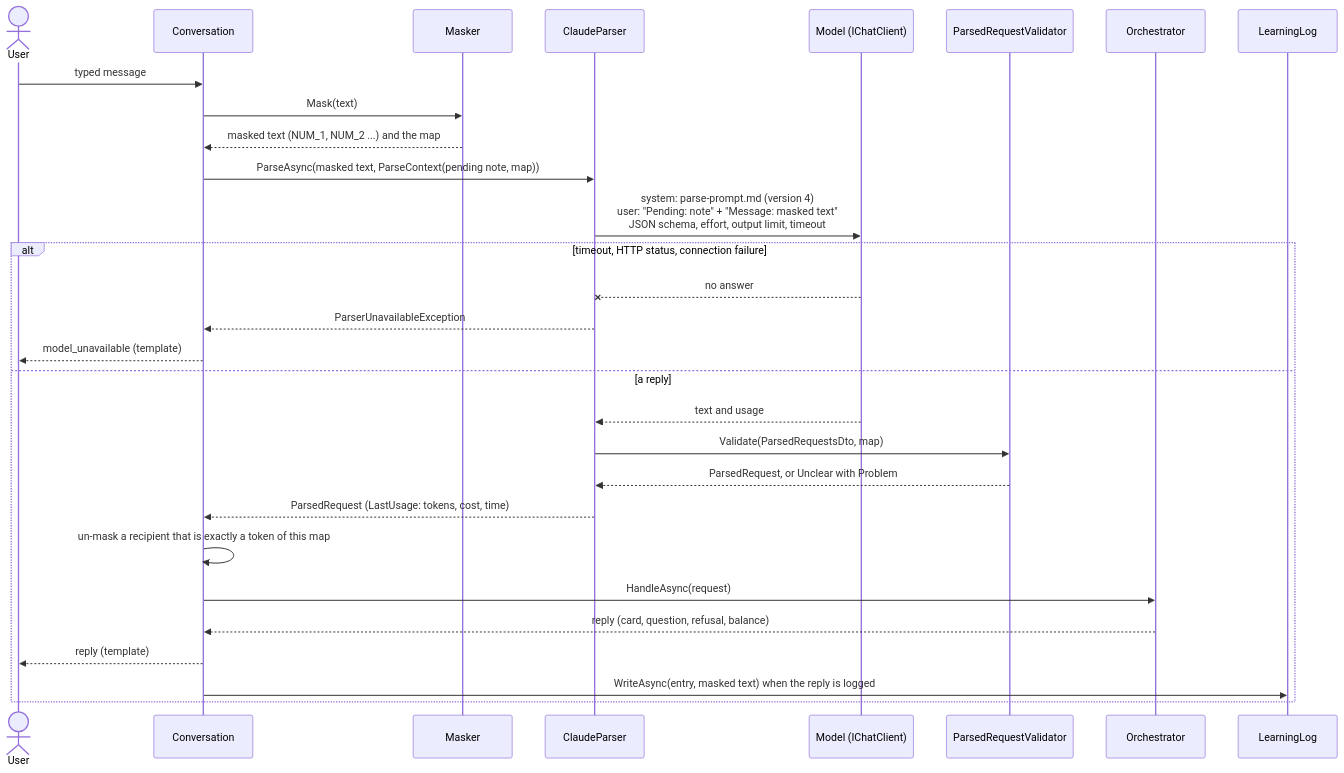
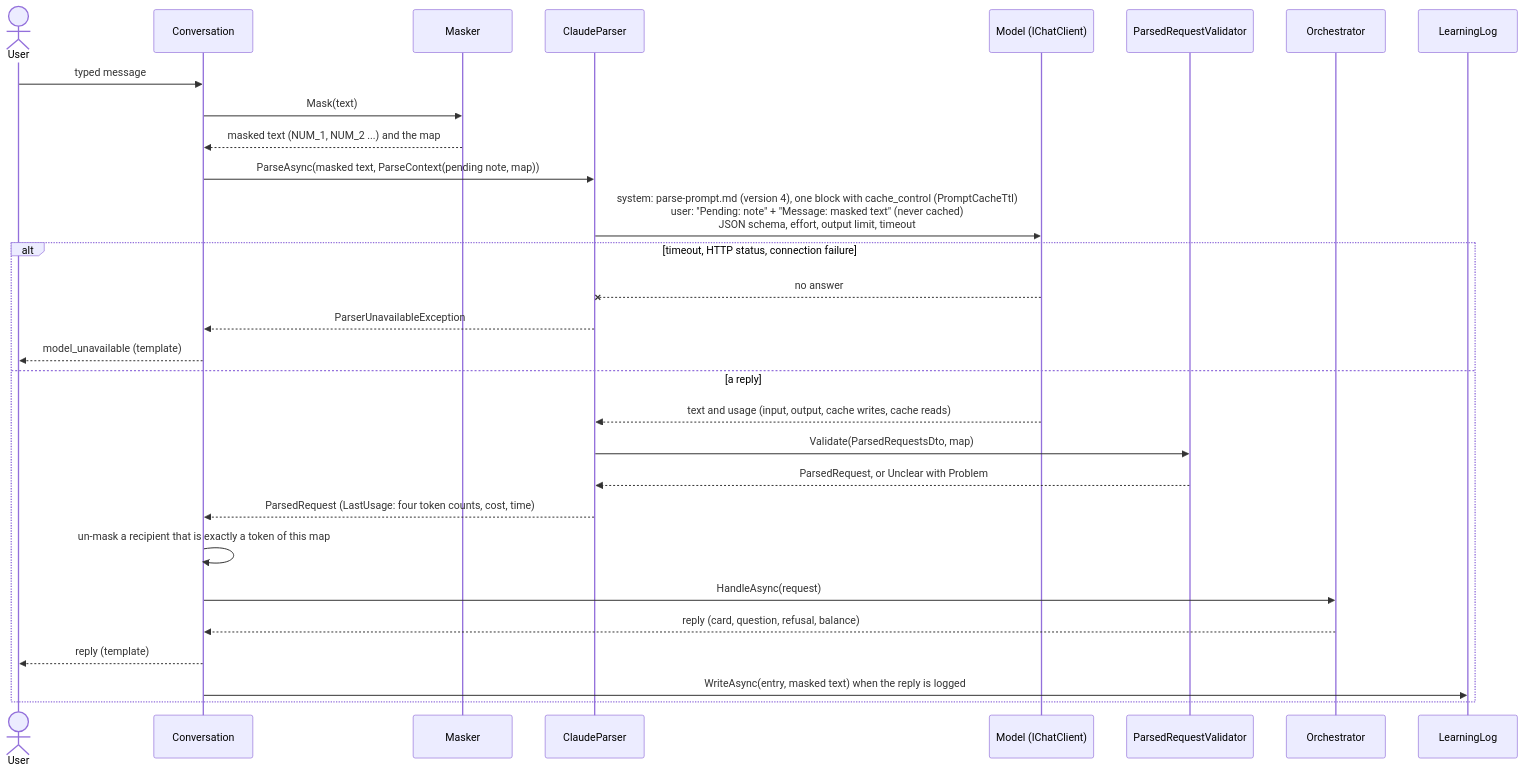
One commit to Khalil-Alhadidi/Naqoli changed the first of 2 diagrams in docs/agent-model.md. Above: the diagram before and after it, drawn with Mermaid. The commit also changed other lines of this file and 17 other files, not shown here.

````diff
--- a/docs/agent-model.md
+++ b/docs/agent-model.md
@@ -7,32 +7,32 @@
 ```mermaid
 sequenceDiagram
     actor U as User
     participant C as Conversation
     participant M as Masker
     participant P as ClaudeParser
     participant L as Model (IChatClient)
     participant V as ParsedRequestValidator
     participant O as Orchestrator
     participant G as LearningLog
 
     U->>C: typed message
     C->>M: Mask(text)
     M-->>C: masked text (NUM_1, NUM_2 ...) and the map
     C->>P: ParseAsync(masked text, ParseContext(pending note, map))
-    P->>L: system: parse-prompt.md (version 4)<br/>user: "Pending: note" + "Message: masked text"<br/>JSON schema, effort, output limit, timeout
+    P->>L: system: parse-prompt.md (version 4), one block with cache_control (PromptCacheTtl)<br/>user: "Pending: note" + "Message: masked text" (never cached)<br/>JSON schema, effort, output limit, timeout
     alt timeout, HTTP status, connection failure
         L--xP: no answer
         P-->>C: ParserUnavailableException
         C-->>U: model_unavailable (template)
     else a reply
-        L-->>P: text and usage
+        L-->>P: text and usage (input, output, cache writes, cache reads)
         P->>V: Validate(ParsedRequestsDto, map)
         V-->>P: ParsedRequest, or Unclear with Problem
-        P-->>C: ParsedRequest (LastUsage: tokens, cost, time)
+        P-->>C: ParsedRequest (LastUsage: four token counts, cost, time)
         C->>C: un-mask a recipient that is exactly a token of this map
         C->>O: HandleAsync(request)
         O-->>C: reply (card, question, refusal, balance)
         C-->>U: reply (template)
         C->>G: WriteAsync(entry, masked text) when the reply is logged
     end
 ```
````
